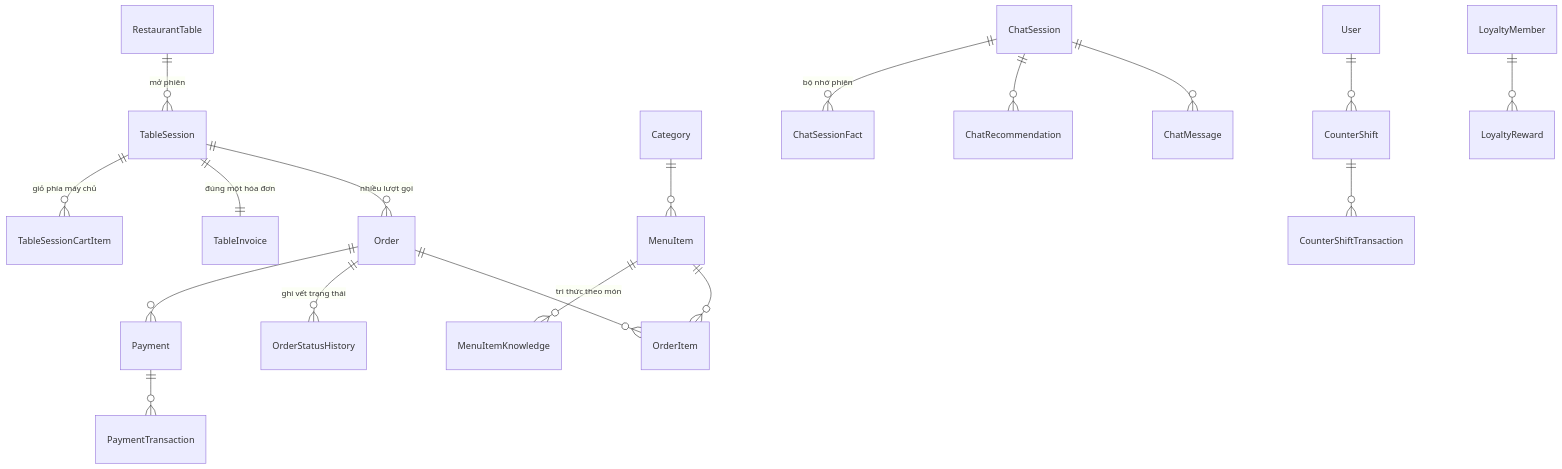
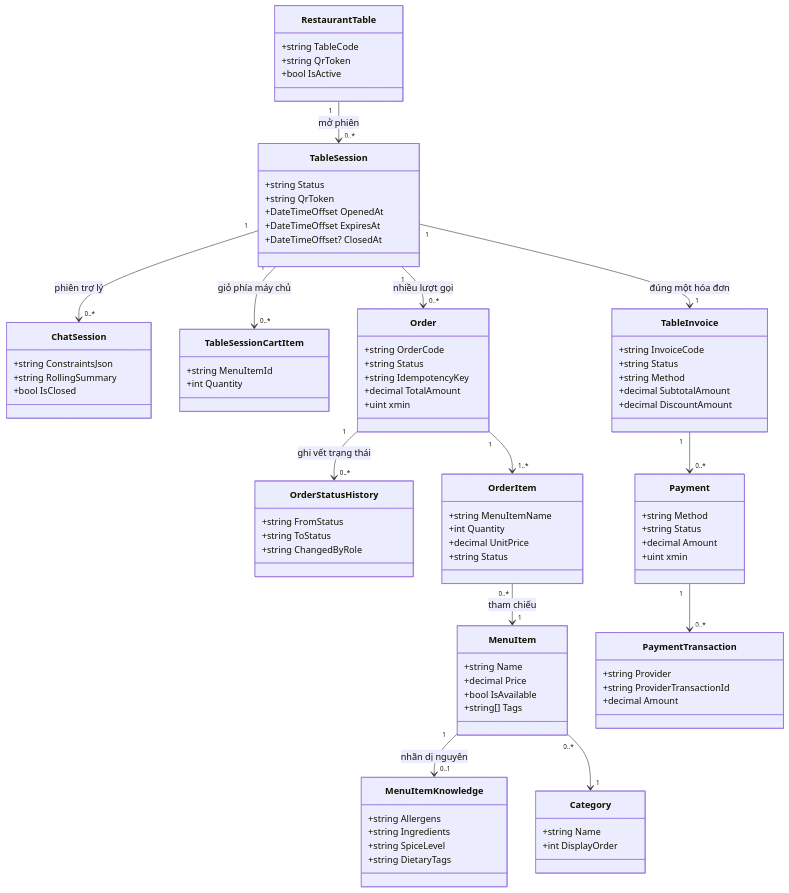
The second of 4 diagrams in docs/bao-cao/BAO_CAO_CONG_NGHE_PHAN_MEM.md (Anpham120/restaurant-qr-ai-ordering), drawn with Mermaid before and after one commit. The commit also changed other lines of this file and 27 other files, not shown here.

````diff
--- a/docs/bao-cao/BAO_CAO_CONG_NGHE_PHAN_MEM.md
+++ b/docs/bao-cao/BAO_CAO_CONG_NGHE_PHAN_MEM.md
@@ -916,20 +908,91 @@
 ```mermaid
-erDiagram
-  RestaurantTable  ||--o{ TableSession : "mở phiên"
-  TableSession     ||--o{ Order : "nhiều lượt gọi"
-  TableSession     ||--|| TableInvoice : "đúng một hóa đơn"
-  TableSession     ||--o{ TableSessionCartItem : "giỏ phía máy chủ"
-  Order            ||--o{ OrderItem : ""
-  Order            ||--o{ OrderStatusHistory : "ghi vết trạng thái"
-  Order            ||--o{ Payment : ""
-  Payment          ||--o{ PaymentTransaction : ""
-  Category         ||--o{ MenuItem : ""
-  MenuItem         ||--o{ OrderItem : ""
-  MenuItem         ||--o{ MenuItemKnowledge : "tri thức theo món"
-  ChatSession      ||--o{ ChatMessage : ""
-  ChatSession      ||--o{ ChatRecommendation : ""
-  ChatSession      ||--o{ ChatSessionFact : "bộ nhớ phiên"
-  User             ||--o{ CounterShift : ""
-  CounterShift     ||--o{ CounterShiftTransaction : ""
-  LoyaltyMember    ||--o{ LoyaltyReward : ""
+classDiagram
+  direction TB
+
+  class RestaurantTable {
+    +string TableCode
+    +string QrToken
+    +bool IsActive
+  }
+  class TableSession {
+    +string Status
+    +string QrToken
+    +DateTimeOffset OpenedAt
+    +DateTimeOffset ExpiresAt
+    +DateTimeOffset? ClosedAt
+  }
+  class ChatSession {
+    +string ConstraintsJson
+    +string RollingSummary
+    +bool IsClosed
+  }
+  class TableSessionCartItem {
+    +string MenuItemId
+    +int Quantity
+  }
+  class Order {
+    +string OrderCode
+    +string Status
+    +string IdempotencyKey
+    +decimal TotalAmount
+    +uint xmin
+  }
+  class OrderStatusHistory {
+    +string FromStatus
+    +string ToStatus
+    +string ChangedByRole
+  }
+  class TableInvoice {
+    +string InvoiceCode
+    +string Status
+    +string Method
+    +decimal SubtotalAmount
+    +decimal DiscountAmount
+  }
+  class OrderItem {
+    +string MenuItemName
+    +int Quantity
+    +decimal UnitPrice
+    +string Status
+  }
+  class Payment {
+    +string Method
+    +string Status
+    +decimal Amount
+    +uint xmin
+  }
+  class MenuItem {
+    +string Name
+    +decimal Price
+    +bool IsAvailable
+    +string[] Tags
+  }
+  class PaymentTransaction {
+    +string Provider
+    +string ProviderTransactionId
+    +decimal Amount
+  }
+  class MenuItemKnowledge {
+    +string Allergens
+    +string Ingredients
+    +string SpiceLevel
+    +string DietaryTags
+  }
+  class Category {
+    +string Name
+    +int DisplayOrder
+  }
+
+  RestaurantTable "1" --> "0..*" TableSession : mở phiên
+  TableSession "1" --> "0..*" ChatSession : phiên trợ lý
+  TableSession "1" --> "0..*" TableSessionCartItem : giỏ phía máy chủ
+  TableSession "1" --> "0..*" Order : nhiều lượt gọi
+  TableSession "1" --> "1" TableInvoice : đúng một hóa đơn
+  Order "1" --> "0..*" OrderStatusHistory : ghi vết trạng thái
+  Order "1" --> "1..*" OrderItem
+  TableInvoice "1" --> "0..*" Payment
+  Payment "1" --> "0..*" PaymentTransaction
+  OrderItem "0..*" --> "1" MenuItem : tham chiếu
+  MenuItem "1" --> "0..1" MenuItemKnowledge : nhãn dị nguyên
+  MenuItem "0..*" --> "1" Category
 ```
````
